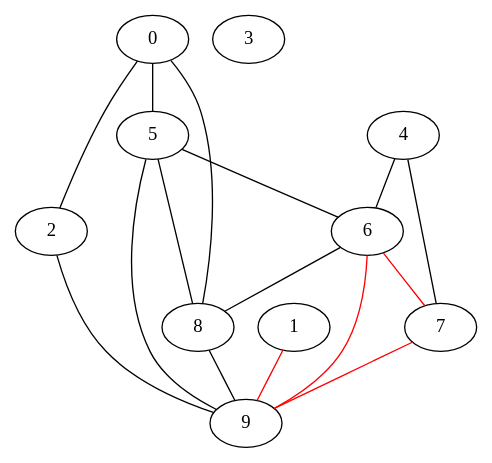
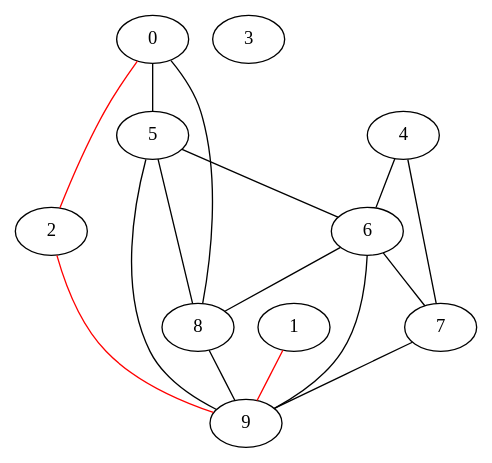
Before and after one commit to amitkvikram/CS2100: the diagram in week4/four.dot, drawn with Graphviz. The commit also changed 5 other files, not shown here.

```diff
--- a/week4/four.dot
+++ b/week4/four.dot
@@ -1,19 +1,19 @@
 graph four{
-	0 -- 2;
+	0 -- 2[color=red];
 	0 -- 5;
 	0 -- 8;
 	1 -- 9[color=red];
-	2 -- 9;
+	2 -- 9[color=red];
 	3;
 	4 -- 6;
 	4 -- 7;
 	5 -- 6;
 	5 -- 8;
 	5 -- 9;
-	6 -- 7[color=red];
+	6 -- 7;
 	6 -- 8;
-	6 -- 9[color=red];
-	7 -- 9[color=red];
+	6 -- 9;
+	7 -- 9;
 	8 -- 9;
 	9
 }
```
